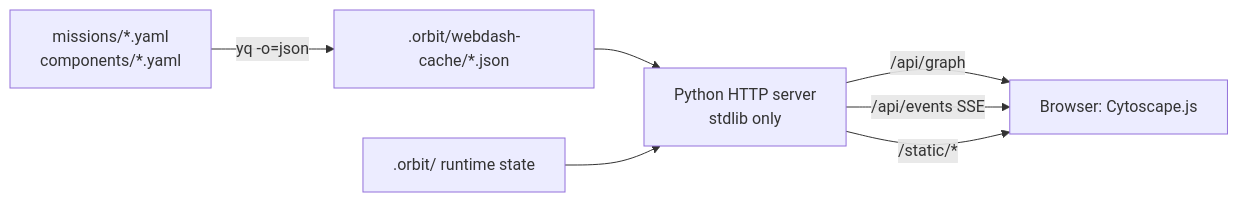
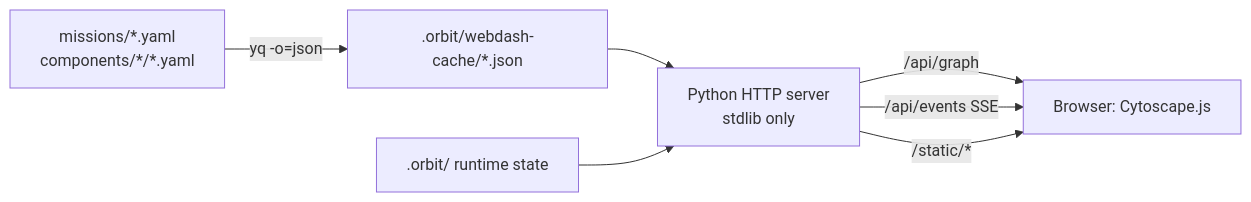
Before and after one commit to Modal-Vector/Orbit-Rover: the fifth of 5 diagrams in docs/architecture.md, drawn with Mermaid. The commit also changed other lines of this file and 37 other files, not shown here.

````diff
--- a/docs/architecture.md
+++ b/docs/architecture.md
@@ -179,9 +180,9 @@
 ```mermaid
 flowchart LR
-    YAML[missions/*.yaml<br>components/*.yaml] -->|yq -o=json| CACHE[.orbit/webdash-cache/*.json]
+    YAML[missions/*.yaml<br>components/*/*.yaml] -->|yq -o=json| CACHE[.orbit/webdash-cache/*.json]
     CACHE --> PY[Python HTTP server<br>stdlib only]
     STATE[.orbit/ runtime state] --> PY
     PY -->|/api/graph| BROWSER[Browser: Cytoscape.js]
     PY -->|/api/events SSE| BROWSER
     PY -->|/static/*| BROWSER
 ```
````
